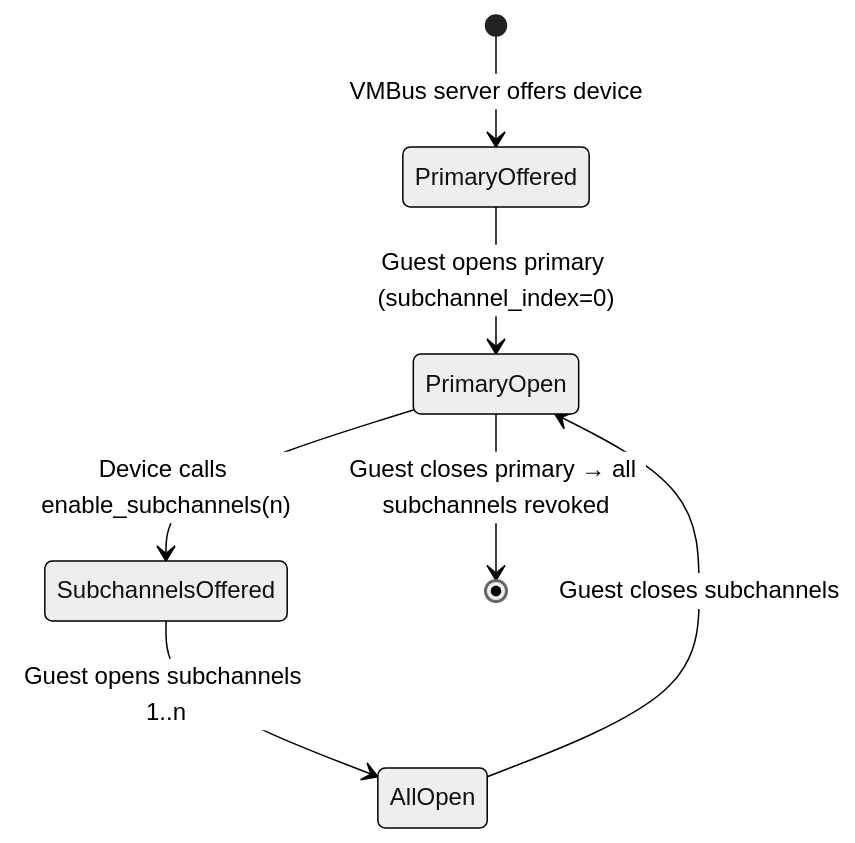
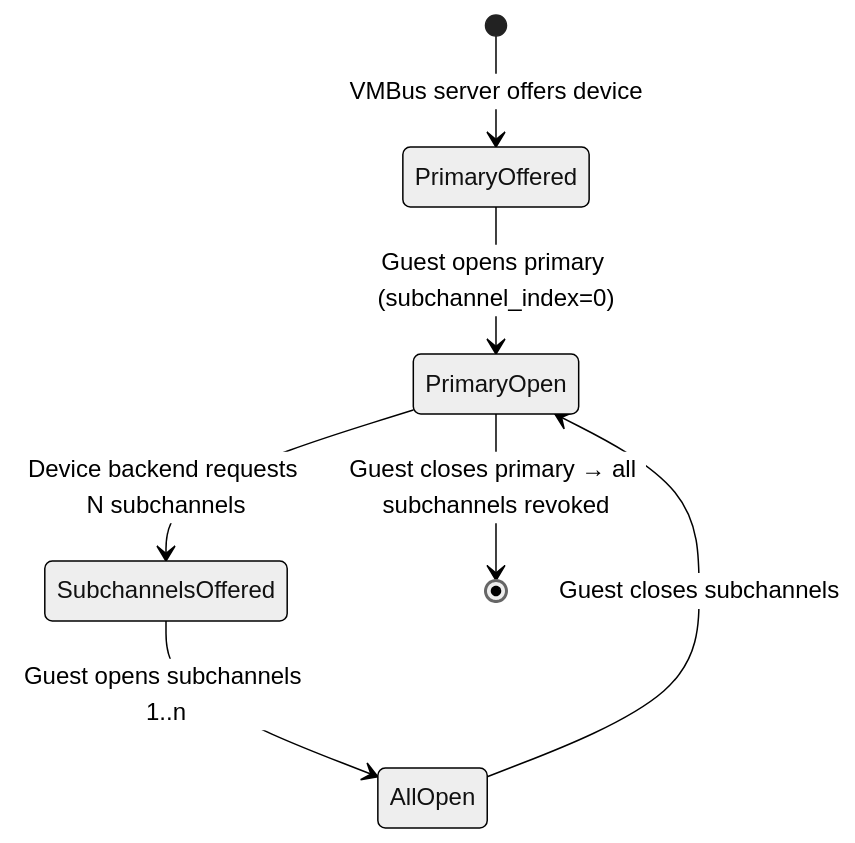
The diagram in Guide/src/reference/architecture/vmbus/channels.md (microsoft/openvmm), drawn with Mermaid (neutral theme) before and after one commit. The commit also changed other lines of this file, not shown here.

````diff
--- a/Guide/src/reference/architecture/vmbus/channels.md
+++ b/Guide/src/reference/architecture/vmbus/channels.md
@@ -65,9 +73,9 @@
 ```mermaid
 stateDiagram-v2
     [*] --> PrimaryOffered: VMBus server offers device
     PrimaryOffered --> PrimaryOpen: Guest opens primary (subchannel_index=0)
-    PrimaryOpen --> SubchannelsOffered: Device calls enable_subchannels(n)
+    PrimaryOpen --> SubchannelsOffered: Device backend requests N subchannels
     SubchannelsOffered --> AllOpen: Guest opens subchannels 1..n
     AllOpen --> PrimaryOpen: Guest closes subchannels
     PrimaryOpen --> [*]: Guest closes primary → all subchannels revoked
 ```
````
